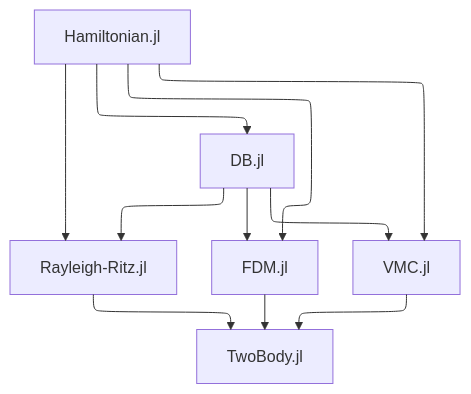
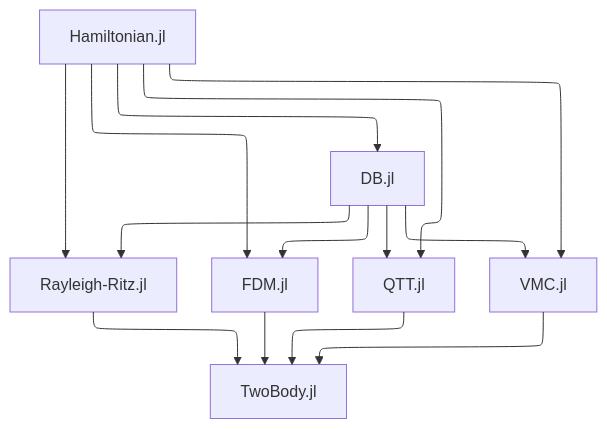
One commit to JuliaFewBody/TwoBody.jl changed the diagram in README.md. Above: the diagram before and after it, drawn with Mermaid. The commit also changed 7 other files, not shown here.

````diff
--- a/README.md
+++ b/README.md
@@ -11,18 +11,19 @@
 ```mermaid
 ---
 config:
   layout: elk
   theme: mc
 ---
 flowchart TD
   A["Hamiltonian.jl"]
   C["Rayleigh-Ritz.jl"]
   F["FDM.jl"]
+  Q["QTT.jl"]
   G["VMC.jl"]
   H["DB.jl"]
   Z["TwoBody.jl"]
   A --> H
-  A --> C & F & G
-  H --> C & F & G
-  C & F & G --> Z
+  A --> C & F & Q & G
+  H --> C & F & Q & G
+  C & F & Q & G --> Z
 ```
````
